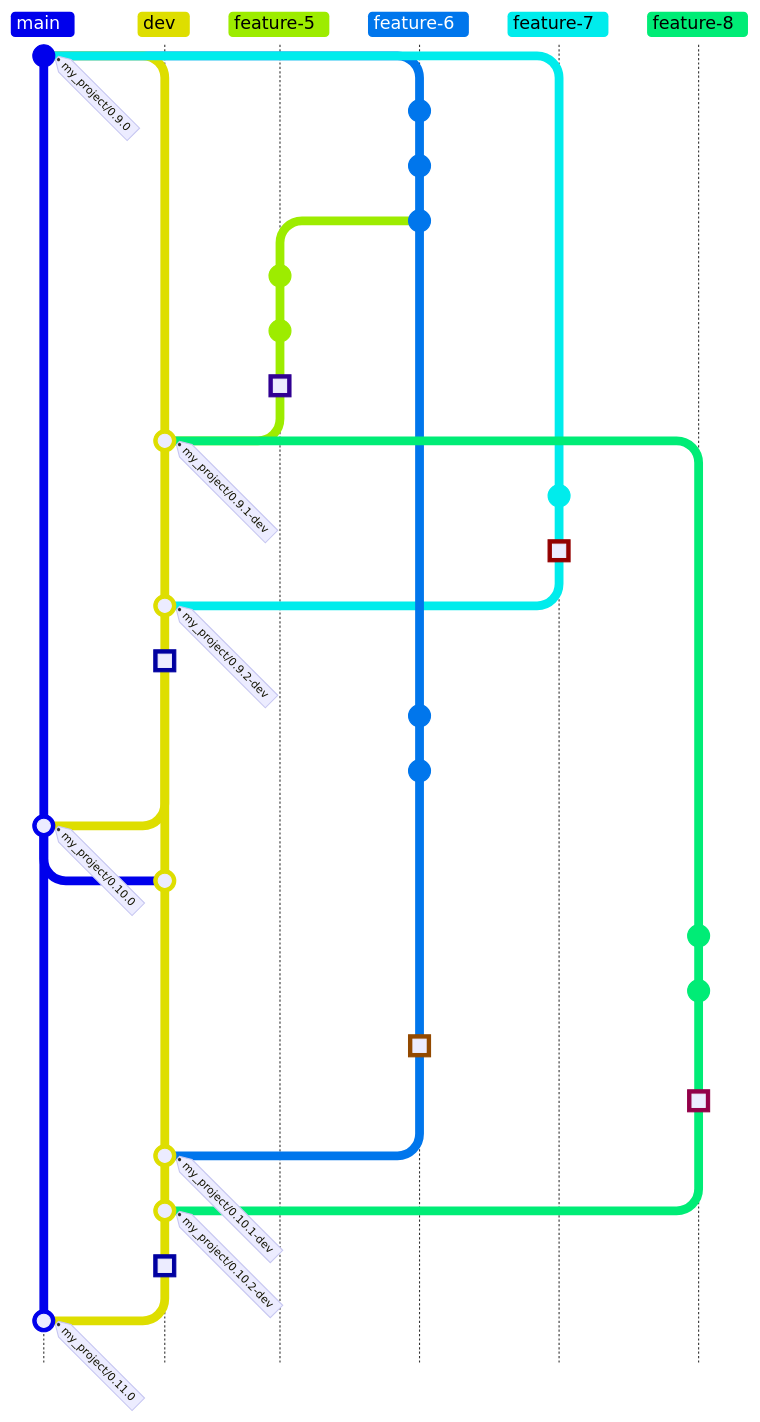
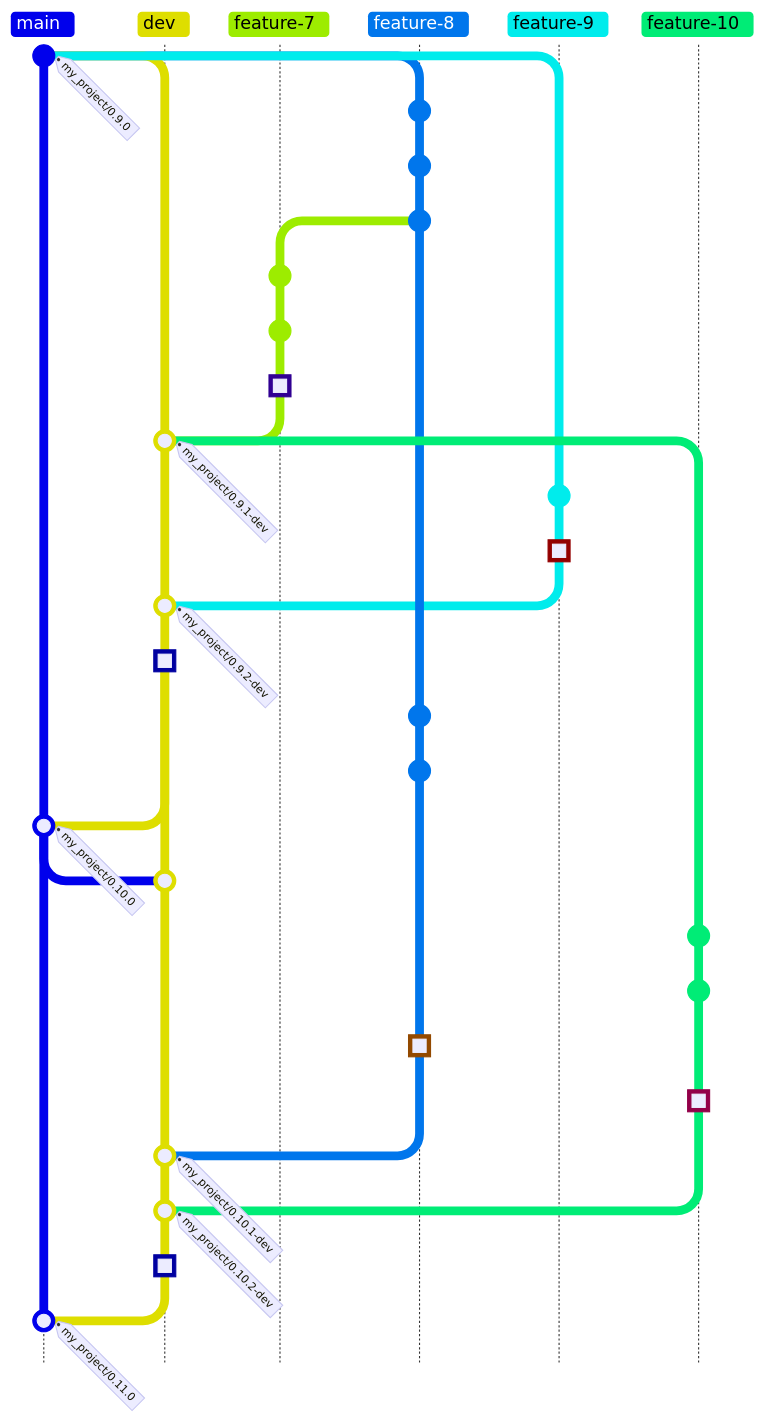
One commit to SimpleDataLabsInc/Onbe_CICD_template changed the third of 3 diagrams in README.md. Above: the diagram before and after it, drawn with Mermaid. The commit also changed other lines of this file, not shown here. Commit ids are hidden.

Commit message:
bump versions and branch names
to make the examples sequential

````diff
--- a/README.md
+++ b/README.md
@@ -188,55 +188,51 @@
 ``` mermaid
 ---
 config:
   gitGraph:
     parallelCommits: false
     showCommitLabel: false
 ---
 gitGraph TB:
     commit tag: "my_project/0.9.0"
     branch dev order:1
-    branch feature-6 order:3
+    branch feature-8 order:3
     commit
     commit
     commit
-    branch feature-5 order:2
+    branch feature-7 order:2
     commit
     commit
-    switch feature-5
+    switch feature-7
     commit type: HIGHLIGHT id: "PR #11"
     switch dev
-    merge feature-5 tag: "my_project/0.9.1-dev"
-    branch feature-8 order:5
+    merge feature-7 tag: "my_project/0.9.1-dev"
+    branch feature-10 order:5
     switch main
-    branch feature-7 order:3
+    branch feature-9 order:3
     commit
-    switch feature-7
+    switch feature-9
     commit type:HIGHLIGHT id: "PR #12"
     switch dev
-    merge feature-7 tag: "my_project/0.9.2-dev"
+    merge feature-9 tag: "my_project/0.9.2-dev"
     commit type: HIGHLIGHT id: "PR #13"
-    switch feature-6
+    switch feature-8
     commit
     commit
     switch main
     merge dev tag: "my_project/0.10.0"
-    %% branch "dev'" order:1
-    %% switch "dev'"
     switch dev
     merge main
-    %% switch dev
-    %% merge "dev'"
-    switch feature-8
+    switch feature-10
     commit
     commit
-    switch feature-6
+    switch feature-8
     commit type: HIGHLIGHT id: "PR #14"
-    switch feature-8
+    switch feature-10
     commit type: HIGHLIGHT id: "PR #15"
     switch dev
-    merge feature-6 tag: "my_project/0.10.1-dev"
-    merge feature-8 tag: "my_project/0.10.2-dev"
+    merge feature-8 tag: "my_project/0.10.1-dev"
+    merge feature-10 tag: "my_project/0.10.2-dev"
     commit type: HIGHLIGHT id: "PR #16"
     switch main
     merge dev tag: "my_project/0.11.0"
 ```
````
